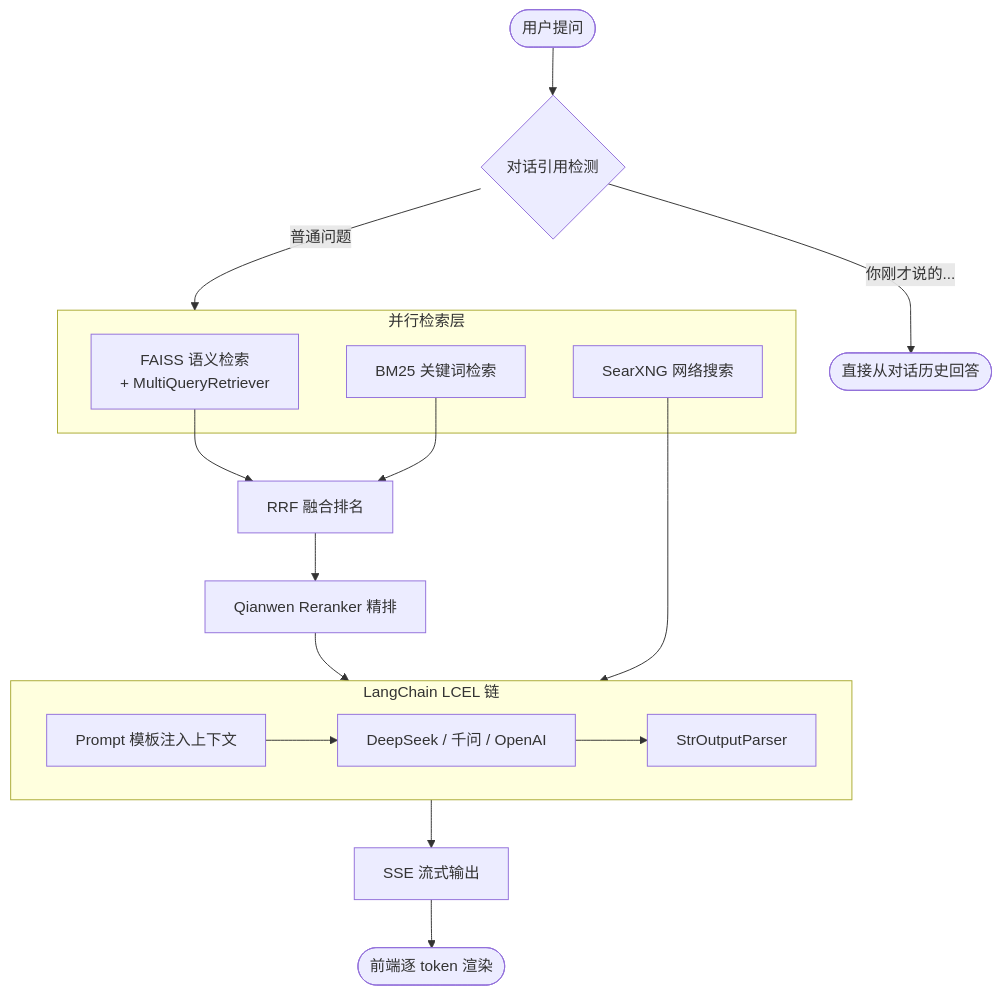
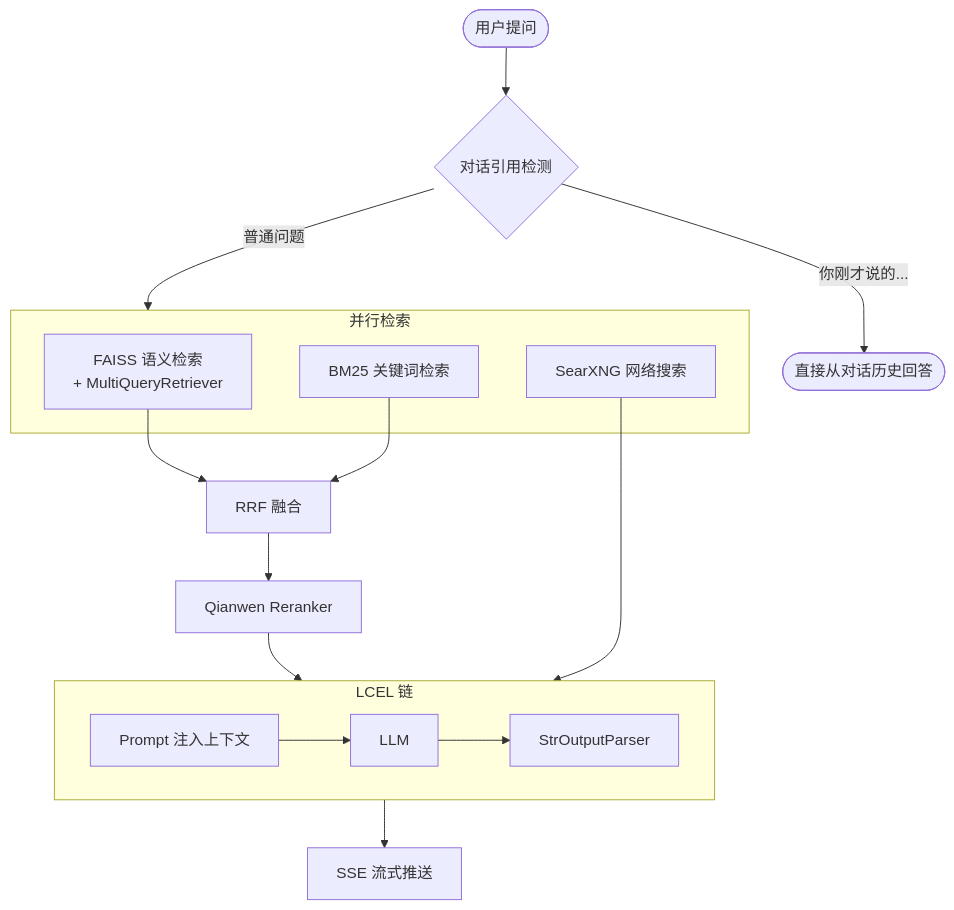
The diagram in README.md (Lanqingsong/rag-from-scratch), drawn with Mermaid before and after one commit. The commit also changed other lines of this file, not shown here.

````diff
--- a/README.md
+++ b/README.md
@@ -164,28 +133,27 @@
 ```mermaid
 flowchart TD
     A([用户提问]) --> B{对话引用检测}
     B -->|"你刚才说的..."| C([直接从对话历史回答])
     B -->|普通问题| D
 
-    subgraph D[并行检索层]
+    subgraph D[并行检索]
         D1[FAISS 语义检索\n+ MultiQueryRetriever]
         D2[BM25 关键词检索]
         D3[SearXNG 网络搜索]
     end
 
-    D1 --> E[RRF 融合排名]
+    D1 --> E[RRF 融合]
     D2 --> E
-    E --> F[Qianwen Reranker 精排]
+    E --> F[Qianwen Reranker]
     F --> G
     D3 --> G
 
-    subgraph G[LangChain LCEL 链]
-        G1[Prompt 模板注入上下文]
-        G2[DeepSeek / 千问 / OpenAI]
+    subgraph G[LCEL 链]
+        G1[Prompt 注入上下文]
+        G2[LLM]
         G3[StrOutputParser]
         G1 --> G2 --> G3
     end
 
-    G --> H[SSE 流式输出]
-    H --> I([前端逐 token 渲染])
+    G --> H[SSE 流式推送]
 ```
````
